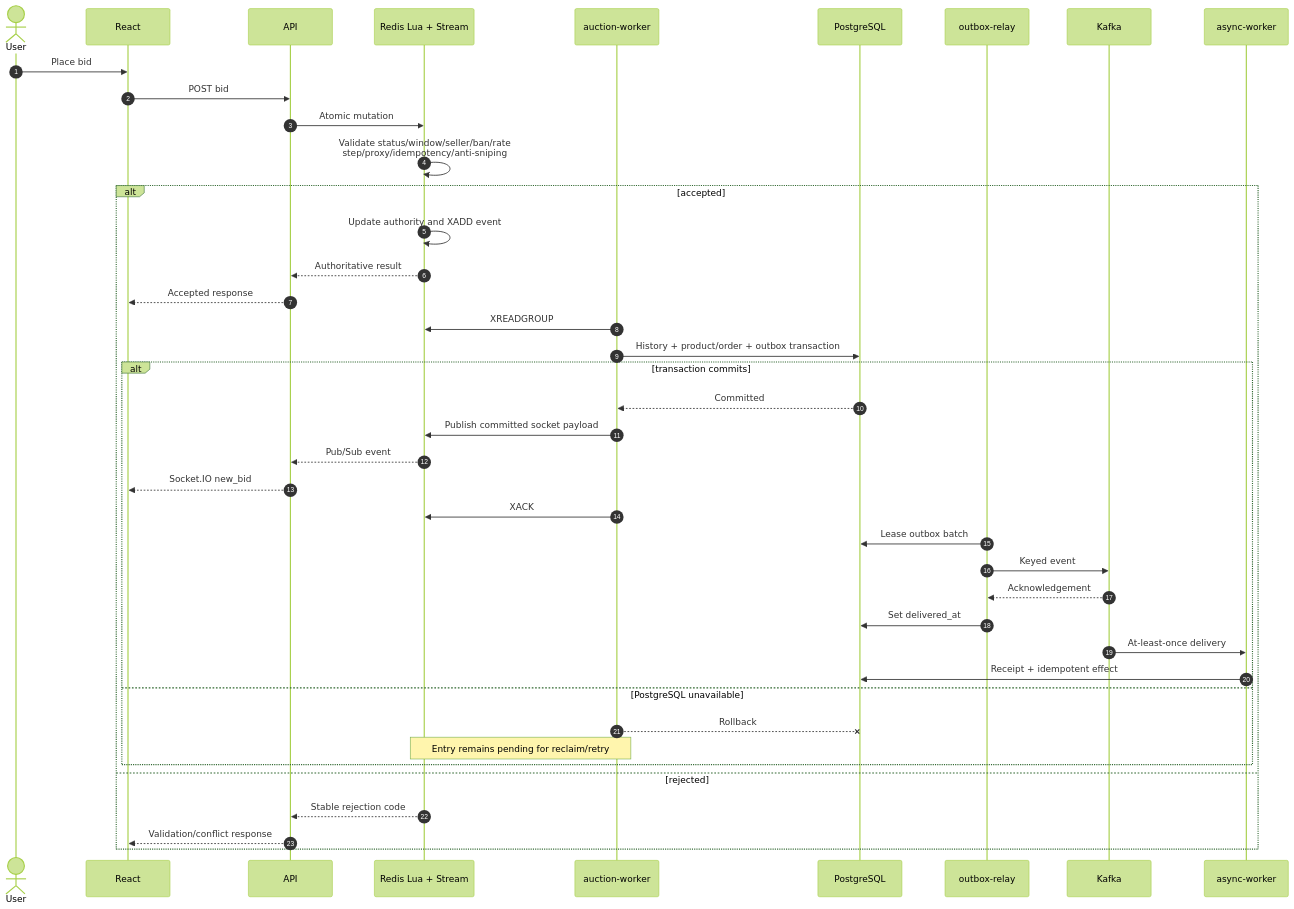
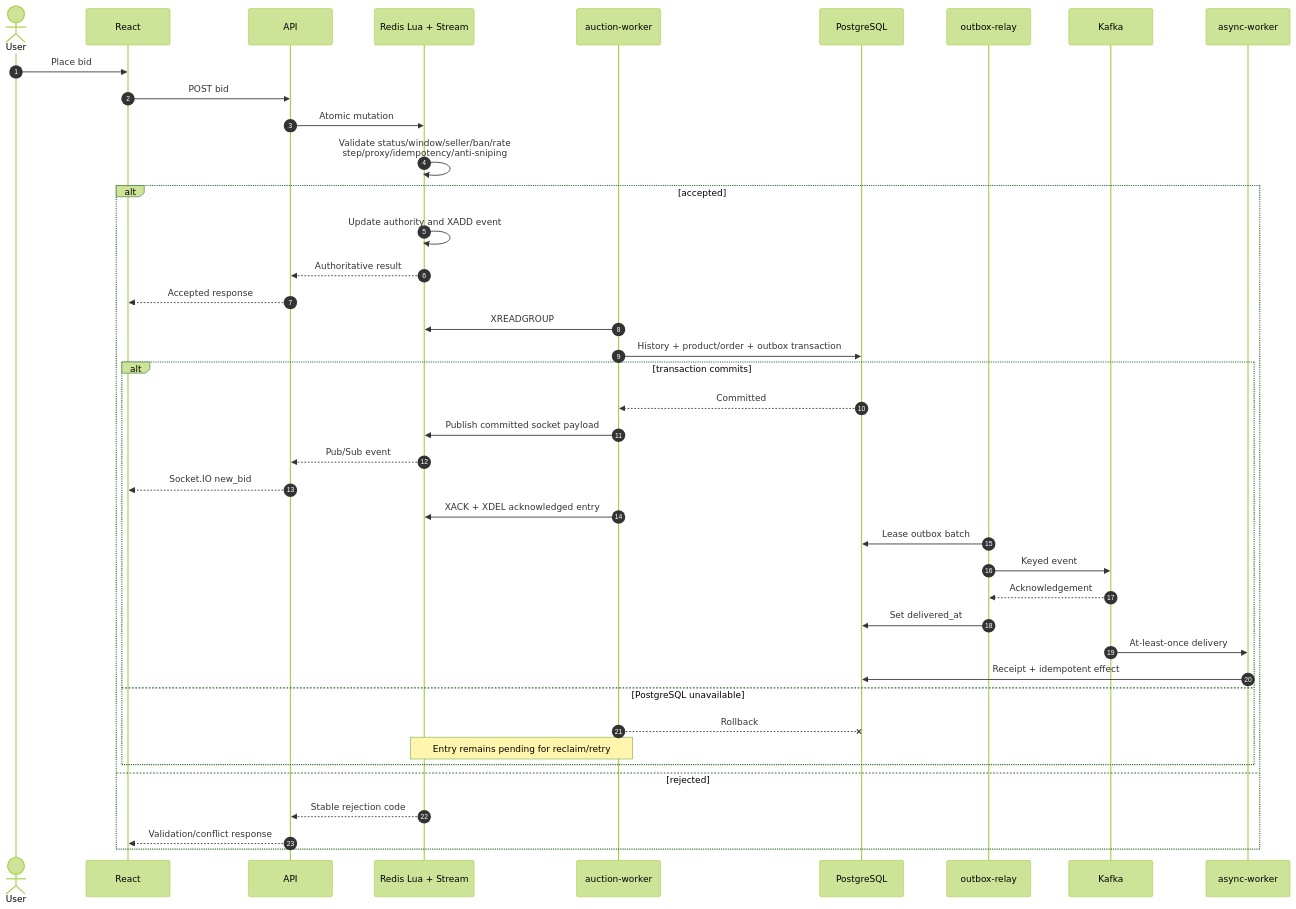
One commit to KidCute1412/miracle-auction-platform changed the second of 2 diagrams in docs/architecture/system-overview.md. Above: the diagram before and after it, drawn with Mermaid (forest theme). The commit also changed other lines of this file and 40 other files, not shown here.

````diff
--- a/docs/architecture/system-overview.md
+++ b/docs/architecture/system-overview.md
@@ -52,44 +52,44 @@
 ```mermaid
 sequenceDiagram
     autonumber
     actor User
     participant UI as React
     participant API
     participant Redis as Redis Lua + Stream
     participant Worker as auction-worker
     participant PG as PostgreSQL
     participant Relay as outbox-relay
     participant Kafka
     participant Async as async-worker
 
     User->>UI: Place bid
     UI->>API: POST bid
     API->>Redis: Atomic mutation
     Redis->>Redis: Validate status/window/seller/ban/rate<br/>step/proxy/idempotency/anti-sniping
     alt accepted
         Redis->>Redis: Update authority and XADD event
         Redis-->>API: Authoritative result
         API-->>UI: Accepted response
         Worker->>Redis: XREADGROUP
         Worker->>PG: History + product/order + outbox transaction
         alt transaction commits
             PG-->>Worker: Committed
             Worker->>Redis: Publish committed socket payload
             Redis-->>API: Pub/Sub event
             API-->>UI: Socket.IO new_bid
-            Worker->>Redis: XACK
+            Worker->>Redis: XACK + XDEL acknowledged entry
             Relay->>PG: Lease outbox batch
             Relay->>Kafka: Keyed event
             Kafka-->>Relay: Acknowledgement
             Relay->>PG: Set delivered_at
             Kafka->>Async: At-least-once delivery
             Async->>PG: Receipt + idempotent effect
         else PostgreSQL unavailable
             Worker--xPG: Rollback
             Note over Worker,Redis: Entry remains pending for reclaim/retry
         end
     else rejected
         Redis-->>API: Stable rejection code
         API-->>UI: Validation/conflict response
     end
 ```
````
